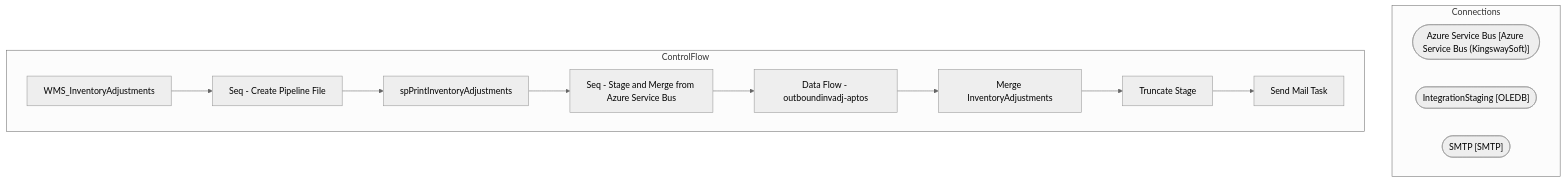
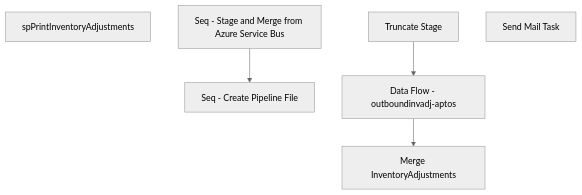
One commit to juanandresbrain/BABSkills changed the diagram in bab-docs-explorer/Documentation/STL-SSIS-P-01/SSIS/WMS/WMS_InventoryAdjustments.WMS_InventoryAdjustments.md. Above: the diagram before and after it, drawn with Mermaid (neutral theme). The commit also changed other lines of this file and 273 other files, not shown here.

````diff
--- a/bab-docs-explorer/Documentation/STL-SSIS-P-01/SSIS/WMS/WMS_InventoryAdjustments.WMS_InventoryAdjustments.md
+++ b/bab-docs-explorer/Documentation/STL-SSIS-P-01/SSIS/WMS/WMS_InventoryAdjustments.WMS_InventoryAdjustments.md
@@ -9,25 +42,13 @@
 ```mermaid
 flowchart TD
-    subgraph Connections
-        Azure_Service_Bus_conn(["Azure Service Bus [Azure Service Bus (KingswaySoft)]"])
-        IntegrationStaging_conn(["IntegrationStaging [OLEDB]"])
-        SMTP_conn(["SMTP [SMTP]"])
-    end
-    subgraph ControlFlow
-        WMS_InventoryAdjustments_task["WMS_InventoryAdjustments"]
-        Seq___Create_Pipeline_File_task["Seq - Create Pipeline File"]
-        WMS_InventoryAdjustments_task --> Seq___Create_Pipeline_File_task
-        spPrintInventoryAdjustments_task["spPrintInventoryAdjustments"]
-        Seq___Create_Pipeline_File_task --> spPrintInventoryAdjustments_task
-        Seq___Stage_and_Merge_from_Azure_Service_Bus_task["Seq - Stage and Merge from Azure Service Bus"]
-        spPrintInventoryAdjustments_task --> Seq___Stage_and_Merge_from_Azure_Service_Bus_task
-        Data_Flow___outboundinvadj_aptos_task["Data Flow - outboundinvadj-aptos"]
-        Seq___Stage_and_Merge_from_Azure_Service_Bus_task --> Data_Flow___outboundinvadj_aptos_task
-        Merge_InventoryAdjustments_task["Merge InventoryAdjustments"]
-        Data_Flow___outboundinvadj_aptos_task --> Merge_InventoryAdjustments_task
-        Truncate_Stage_task["Truncate Stage"]
-        Merge_InventoryAdjustments_task --> Truncate_Stage_task
-        Send_Mail_Task_task["Send Mail Task"]
-        Truncate_Stage_task --> Send_Mail_Task_task
-    end
+    n_Package_Seq___Create_Pipeline_File["Seq - Create Pipeline File"]
+    n_Package_Seq___Create_Pipeline_File_spPrintInventoryAdjustments["spPrintInventoryAdjustments"]
+    n_Package_Seq___Stage_and_Merge_from_Azure_Service_Bus["Seq - Stage and Merge from Azure Service Bus"]
+    n_Package_Seq___Stage_and_Merge_from_Azure_Service_Bus_Data_Flow___outboundinvadj_aptos["Data Flow - outboundinvadj-aptos"]
+    n_Package_Seq___Stage_and_Merge_from_Azure_Service_Bus_Merge_InventoryAdjustments["Merge InventoryAdjustments"]
+    n_Package_Seq___Stage_and_Merge_from_Azure_Service_Bus_Truncate_Stage["Truncate Stage"]
+    n_Package_EventHandlers_OnError__Send_Mail_Task["Send Mail Task"]
+    n_Package_Seq___Stage_and_Merge_from_Azure_Service_Bus_Truncate_Stage --> n_Package_Seq___Stage_and_Merge_from_Azure_Service_Bus_Data_Flow___outboundinvadj_aptos
+    n_Package_Seq___Stage_and_Merge_from_Azure_Service_Bus_Data_Flow___outboundinvadj_aptos --> n_Package_Seq___Stage_and_Merge_from_Azure_Service_Bus_Merge_InventoryAdjustments
+    n_Package_Seq___Stage_and_Merge_from_Azure_Service_Bus --> n_Package_Seq___Create_Pipeline_File
 ```
````
